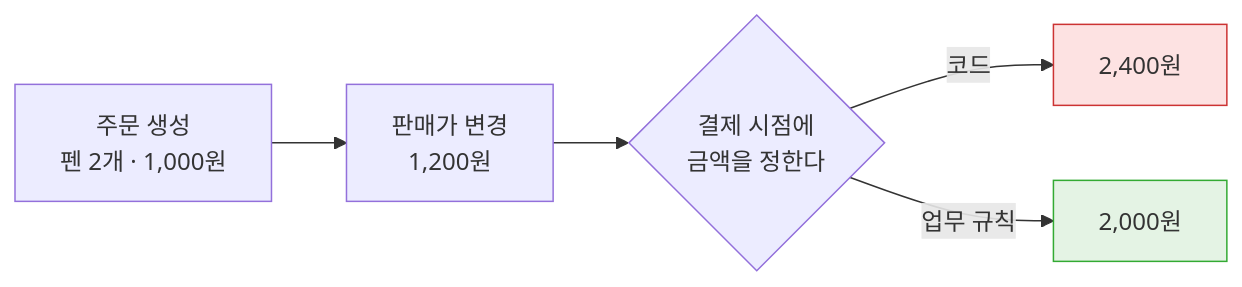
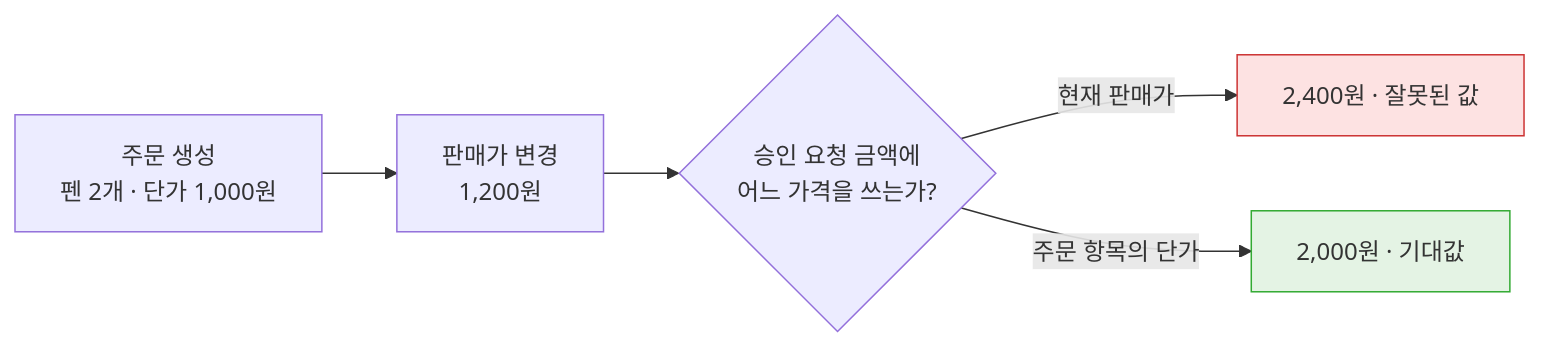
Before and after one commit to YoungSan77/TrainingMaterials: the first of 4 diagrams in courses/ai-native/sessions/s04.md, drawn with Mermaid. The commit also changed other lines of this file and 437 other files, not shown here.

````diff
--- a/courses/ai-native/sessions/s04.md
+++ b/courses/ai-native/sessions/s04.md
@@ -49,9 +49,9 @@
 ```mermaid
 flowchart LR
-  A["주문 생성<br/>펜 2개 · 1,000원"] --> B["판매가 변경<br/>1,200원"]
-  B --> C{"결제 시점에<br/>금액을 정한다"}
-  C -->|"코드"| D["2,400원"]
-  C -->|"업무 규칙"| E["2,000원"]
+  A["주문 생성<br/>펜 2개 · 단가 1,000원"] --> B["판매가 변경<br/>1,200원"]
+  B --> C{"승인 요청 금액에<br/>어느 가격을 쓰는가?"}
+  C -->|"현재 판매가"| D["2,400원 · 잘못된 값"]
+  C -->|"주문 항목의 단가"| E["2,000원 · 기대값"]
   style D fill:#fde2e2,stroke:#c33
   style E fill:#e4f3e4,stroke:#3a3
 ```
````
